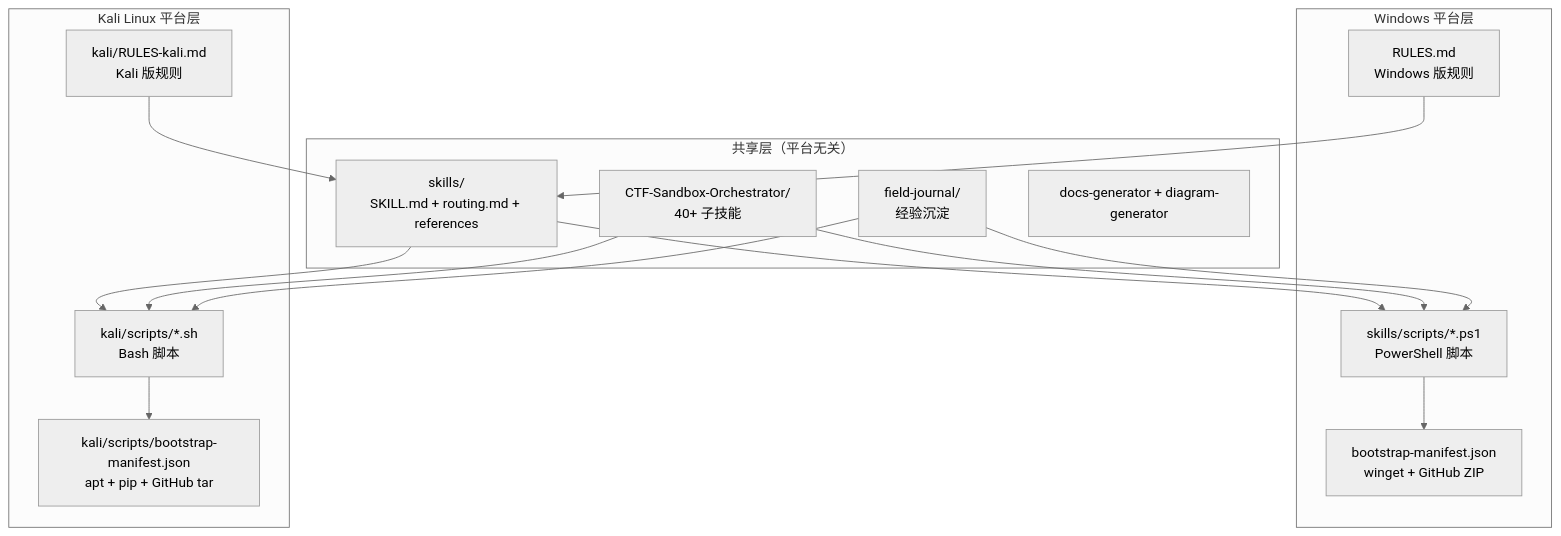
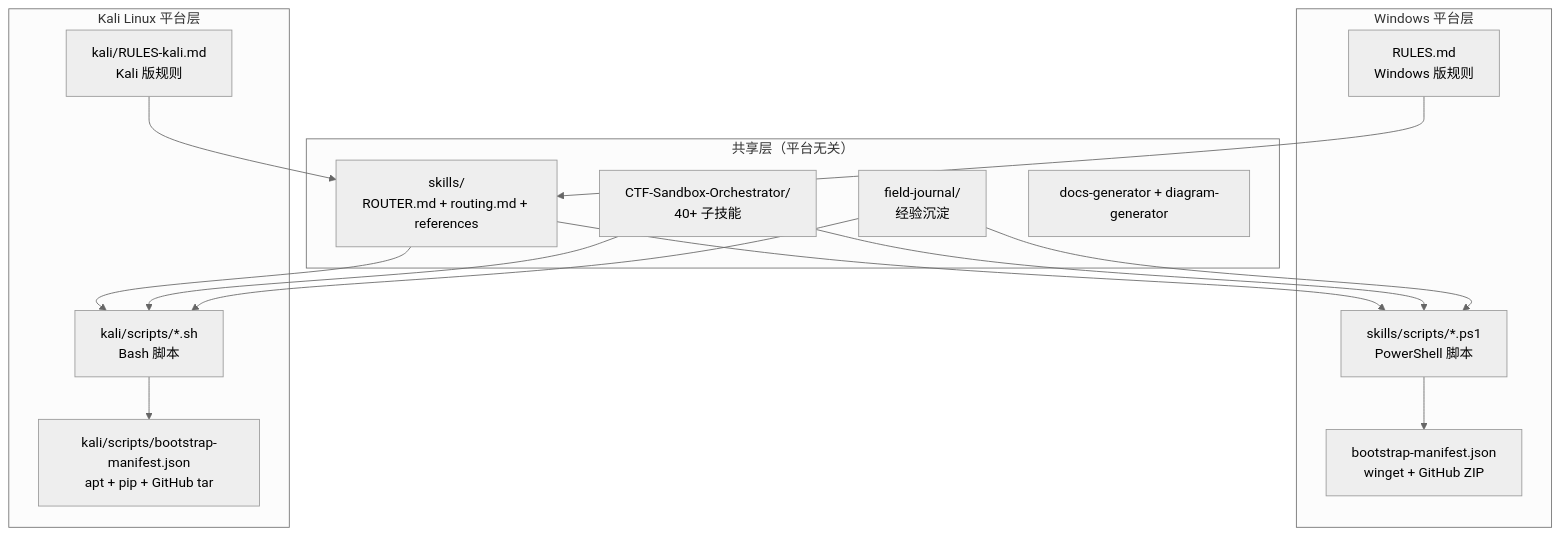
Before and after one commit to 2233admin/reverse-skill-evolver: the sixth of 7 diagrams in ARCHITECTURE.md, drawn with Mermaid (neutral theme). The commit also changed other lines of this file and 47 other files, not shown here.

````diff
--- a/ARCHITECTURE.md
+++ b/ARCHITECTURE.md
@@ -203,31 +208,31 @@
 ```mermaid
 flowchart TD
     subgraph 共享层["共享层（平台无关）"]
-        Skills[skills/<br/>SKILL.md + routing.md + references]
+        Skills[skills/<br/>ROUTER.md + routing.md + references]
         CTF[CTF-Sandbox-Orchestrator/<br/>40+ 子技能]
         Journal[field-journal/<br/>经验沉淀]
         Docs[docs-generator + diagram-generator]
     end
 
     subgraph Windows["Windows 平台层"]
         WinScripts[skills/scripts/*.ps1<br/>PowerShell 脚本]
         WinManifest[bootstrap-manifest.json<br/>winget + GitHub ZIP]
         WinRules[RULES.md<br/>Windows 版规则]
     end
 
     subgraph Kali["Kali Linux 平台层"]
         KaliScripts[kali/scripts/*.sh<br/>Bash 脚本]
         KaliManifest[kali/scripts/bootstrap-manifest.json<br/>apt + pip + GitHub tar]
         KaliRules[kali/RULES-kali.md<br/>Kali 版规则]
     end
 
     Skills --> WinScripts & KaliScripts
     CTF --> WinScripts & KaliScripts
     Journal --> WinScripts & KaliScripts
 
     WinScripts --> WinManifest
     KaliScripts --> KaliManifest
 
     WinRules --> Skills
     KaliRules --> Skills
 ```
````
